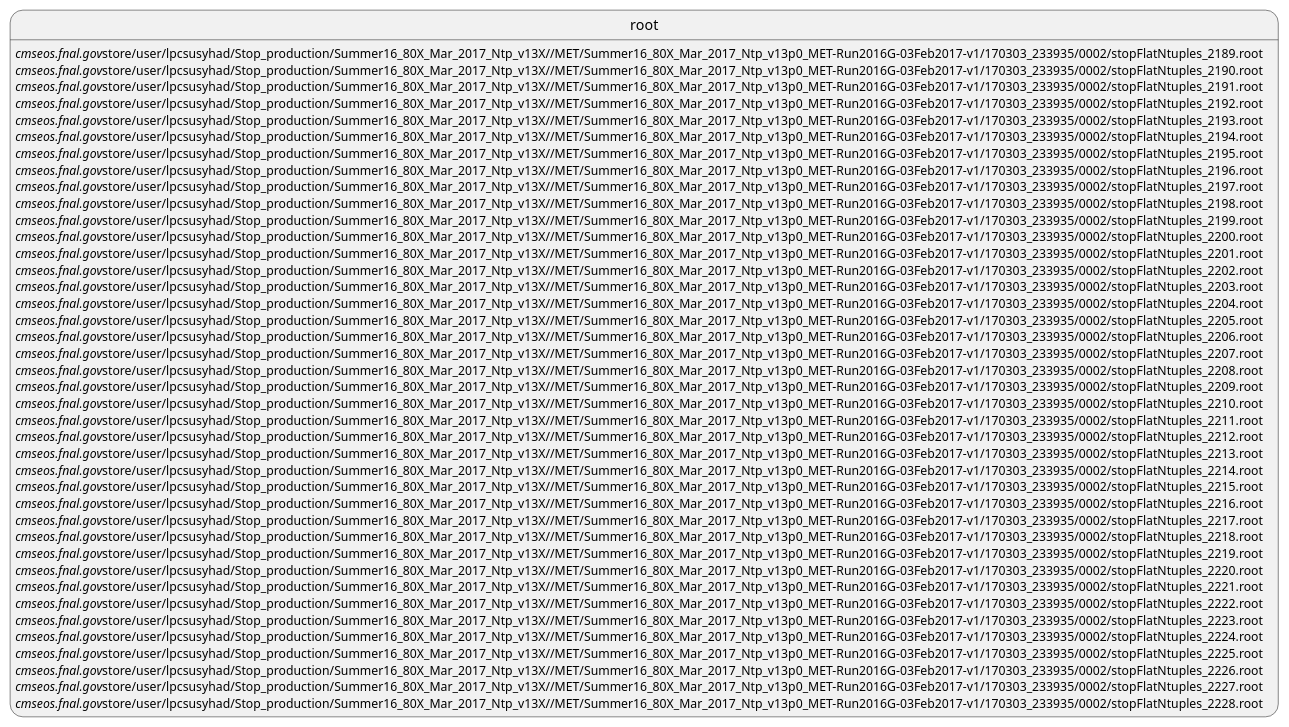
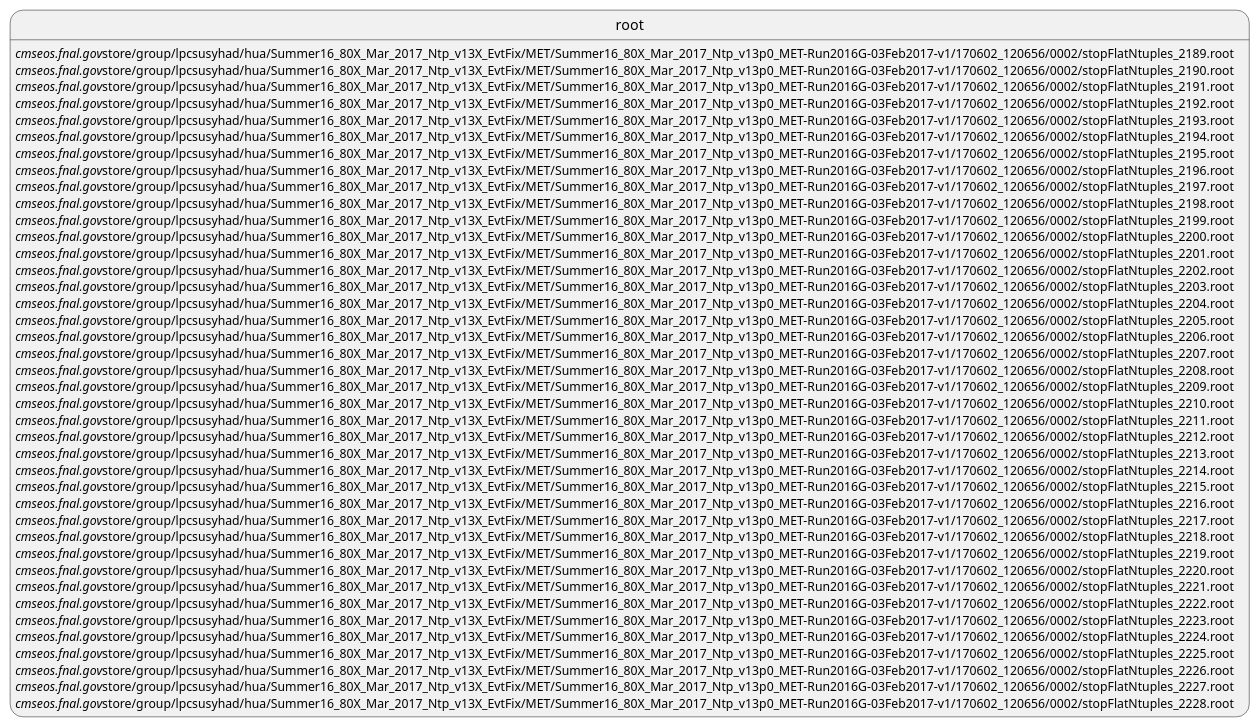
The diagram in QCDTools/QCDStopFlattrees/2017MoriondTxt/METSplit.pu (susy2015/QCD), drawn with PlantUML before and after one commit. The commit also changed 588 other files, not shown here.

```diff
--- a/QCDTools/QCDStopFlattrees/2017MoriondTxt/METSplit.pu
+++ b/QCDTools/QCDStopFlattrees/2017MoriondTxt/METSplit.pu
@@ -1,40 +1,40 @@
-root://cmseos.fnal.gov//store/user/lpcsusyhad/Stop_production/Summer16_80X_Mar_2017_Ntp_v13X//MET/Summer16_80X_Mar_2017_Ntp_v13p0_MET-Run2016G-03Feb2017-v1/170303_233935/0002/stopFlatNtuples_2189.root
-root://cmseos.fnal.gov//store/user/lpcsusyhad/Stop_production/Summer16_80X_Mar_2017_Ntp_v13X//MET/Summer16_80X_Mar_2017_Ntp_v13p0_MET-Run2016G-03Feb2017-v1/170303_233935/0002/stopFlatNtuples_2190.root
-root://cmseos.fnal.gov//store/user/lpcsusyhad/Stop_production/Summer16_80X_Mar_2017_Ntp_v13X//MET/Summer16_80X_Mar_2017_Ntp_v13p0_MET-Run2016G-03Feb2017-v1/170303_233935/0002/stopFlatNtuples_2191.root
-root://cmseos.fnal.gov//store/user/lpcsusyhad/Stop_production/Summer16_80X_Mar_2017_Ntp_v13X//MET/Summer16_80X_Mar_2017_Ntp_v13p0_MET-Run2016G-03Feb2017-v1/170303_233935/0002/stopFlatNtuples_2192.root
-root://cmseos.fnal.gov//store/user/lpcsusyhad/Stop_production/Summer16_80X_Mar_2017_Ntp_v13X//MET/Summer16_80X_Mar_2017_Ntp_v13p0_MET-Run2016G-03Feb2017-v1/170303_233935/0002/stopFlatNtuples_2193.root
-root://cmseos.fnal.gov//store/user/lpcsusyhad/Stop_production/Summer16_80X_Mar_2017_Ntp_v13X//MET/Summer16_80X_Mar_2017_Ntp_v13p0_MET-Run2016G-03Feb2017-v1/170303_233935/0002/stopFlatNtuples_2194.root
-root://cmseos.fnal.gov//store/user/lpcsusyhad/Stop_production/Summer16_80X_Mar_2017_Ntp_v13X//MET/Summer16_80X_Mar_2017_Ntp_v13p0_MET-Run2016G-03Feb2017-v1/170303_233935/0002/stopFlatNtuples_2195.root
-root://cmseos.fnal.gov//store/user/lpcsusyhad/Stop_production/Summer16_80X_Mar_2017_Ntp_v13X//MET/Summer16_80X_Mar_2017_Ntp_v13p0_MET-Run2016G-03Feb2017-v1/170303_233935/0002/stopFlatNtuples_2196.root
-root://cmseos.fnal.gov//store/user/lpcsusyhad/Stop_production/Summer16_80X_Mar_2017_Ntp_v13X//MET/Summer16_80X_Mar_2017_Ntp_v13p0_MET-Run2016G-03Feb2017-v1/170303_233935/0002/stopFlatNtuples_2197.root
-root://cmseos.fnal.gov//store/user/lpcsusyhad/Stop_production/Summer16_80X_Mar_2017_Ntp_v13X//MET/Summer16_80X_Mar_2017_Ntp_v13p0_MET-Run2016G-03Feb2017-v1/170303_233935/0002/stopFlatNtuples_2198.root
-root://cmseos.fnal.gov//store/user/lpcsusyhad/Stop_production/Summer16_80X_Mar_2017_Ntp_v13X//MET/Summer16_80X_Mar_2017_Ntp_v13p0_MET-Run2016G-03Feb2017-v1/170303_233935/0002/stopFlatNtuples_2199.root
-root://cmseos.fnal.gov//store/user/lpcsusyhad/Stop_production/Summer16_80X_Mar_2017_Ntp_v13X//MET/Summer16_80X_Mar_2017_Ntp_v13p0_MET-Run2016G-03Feb2017-v1/170303_233935/0002/stopFlatNtuples_2200.root
-root://cmseos.fnal.gov//store/user/lpcsusyhad/Stop_production/Summer16_80X_Mar_2017_Ntp_v13X//MET/Summer16_80X_Mar_2017_Ntp_v13p0_MET-Run2016G-03Feb2017-v1/170303_233935/0002/stopFlatNtuples_2201.root
-root://cmseos.fnal.gov//store/user/lpcsusyhad/Stop_production/Summer16_80X_Mar_2017_Ntp_v13X//MET/Summer16_80X_Mar_2017_Ntp_v13p0_MET-Run2016G-03Feb2017-v1/170303_233935/0002/stopFlatNtuples_2202.root
-root://cmseos.fnal.gov//store/user/lpcsusyhad/Stop_production/Summer16_80X_Mar_2017_Ntp_v13X//MET/Summer16_80X_Mar_2017_Ntp_v13p0_MET-Run2016G-03Feb2017-v1/170303_233935/0002/stopFlatNtuples_2203.root
-root://cmseos.fnal.gov//store/user/lpcsusyhad/Stop_production/Summer16_80X_Mar_2017_Ntp_v13X//MET/Summer16_80X_Mar_2017_Ntp_v13p0_MET-Run2016G-03Feb2017-v1/170303_233935/0002/stopFlatNtuples_2204.root
-root://cmseos.fnal.gov//store/user/lpcsusyhad/Stop_production/Summer16_80X_Mar_2017_Ntp_v13X//MET/Summer16_80X_Mar_2017_Ntp_v13p0_MET-Run2016G-03Feb2017-v1/170303_233935/0002/stopFlatNtuples_2205.root
-root://cmseos.fnal.gov//store/user/lpcsusyhad/Stop_production/Summer16_80X_Mar_2017_Ntp_v13X//MET/Summer16_80X_Mar_2017_Ntp_v13p0_MET-Run2016G-03Feb2017-v1/170303_233935/0002/stopFlatNtuples_2206.root
-root://cmseos.fnal.gov//store/user/lpcsusyhad/Stop_production/Summer16_80X_Mar_2017_Ntp_v13X//MET/Summer16_80X_Mar_2017_Ntp_v13p0_MET-Run2016G-03Feb2017-v1/170303_233935/0002/stopFlatNtuples_2207.root
-root://cmseos.fnal.gov//store/user/lpcsusyhad/Stop_production/Summer16_80X_Mar_2017_Ntp_v13X//MET/Summer16_80X_Mar_2017_Ntp_v13p0_MET-Run2016G-03Feb2017-v1/170303_233935/0002/stopFlatNtuples_2208.root
-root://cmseos.fnal.gov//store/user/lpcsusyhad/Stop_production/Summer16_80X_Mar_2017_Ntp_v13X//MET/Summer16_80X_Mar_2017_Ntp_v13p0_MET-Run2016G-03Feb2017-v1/170303_233935/0002/stopFlatNtuples_2209.root
-root://cmseos.fnal.gov//store/user/lpcsusyhad/Stop_production/Summer16_80X_Mar_2017_Ntp_v13X//MET/Summer16_80X_Mar_2017_Ntp_v13p0_MET-Run2016G-03Feb2017-v1/170303_233935/0002/stopFlatNtuples_2210.root
-root://cmseos.fnal.gov//store/user/lpcsusyhad/Stop_production/Summer16_80X_Mar_2017_Ntp_v13X//MET/Summer16_80X_Mar_2017_Ntp_v13p0_MET-Run2016G-03Feb2017-v1/170303_233935/0002/stopFlatNtuples_2211.root
-root://cmseos.fnal.gov//store/user/lpcsusyhad/Stop_production/Summer16_80X_Mar_2017_Ntp_v13X//MET/Summer16_80X_Mar_2017_Ntp_v13p0_MET-Run2016G-03Feb2017-v1/170303_233935/0002/stopFlatNtuples_2212.root
-root://cmseos.fnal.gov//store/user/lpcsusyhad/Stop_production/Summer16_80X_Mar_2017_Ntp_v13X//MET/Summer16_80X_Mar_2017_Ntp_v13p0_MET-Run2016G-03Feb2017-v1/170303_233935/0002/stopFlatNtuples_2213.root
-root://cmseos.fnal.gov//store/user/lpcsusyhad/Stop_production/Summer16_80X_Mar_2017_Ntp_v13X//MET/Summer16_80X_Mar_2017_Ntp_v13p0_MET-Run2016G-03Feb2017-v1/170303_233935/0002/stopFlatNtuples_2214.root
-root://cmseos.fnal.gov//store/user/lpcsusyhad/Stop_production/Summer16_80X_Mar_2017_Ntp_v13X//MET/Summer16_80X_Mar_2017_Ntp_v13p0_MET-Run2016G-03Feb2017-v1/170303_233935/0002/stopFlatNtuples_2215.root
-root://cmseos.fnal.gov//store/user/lpcsusyhad/Stop_production/Summer16_80X_Mar_2017_Ntp_v13X//MET/Summer16_80X_Mar_2017_Ntp_v13p0_MET-Run2016G-03Feb2017-v1/170303_233935/0002/stopFlatNtuples_2216.root
-root://cmseos.fnal.gov//store/user/lpcsusyhad/Stop_production/Summer16_80X_Mar_2017_Ntp_v13X//MET/Summer16_80X_Mar_2017_Ntp_v13p0_MET-Run2016G-03Feb2017-v1/170303_233935/0002/stopFlatNtuples_2217.root
-root://cmseos.fnal.gov//store/user/lpcsusyhad/Stop_production/Summer16_80X_Mar_2017_Ntp_v13X//MET/Summer16_80X_Mar_2017_Ntp_v13p0_MET-Run2016G-03Feb2017-v1/170303_233935/0002/stopFlatNtuples_2218.root
-root://cmseos.fnal.gov//store/user/lpcsusyhad/Stop_production/Summer16_80X_Mar_2017_Ntp_v13X//MET/Summer16_80X_Mar_2017_Ntp_v13p0_MET-Run2016G-03Feb2017-v1/170303_233935/0002/stopFlatNtuples_2219.root
-root://cmseos.fnal.gov//store/user/lpcsusyhad/Stop_production/Summer16_80X_Mar_2017_Ntp_v13X//MET/Summer16_80X_Mar_2017_Ntp_v13p0_MET-Run2016G-03Feb2017-v1/170303_233935/0002/stopFlatNtuples_2220.root
-root://cmseos.fnal.gov//store/user/lpcsusyhad/Stop_production/Summer16_80X_Mar_2017_Ntp_v13X//MET/Summer16_80X_Mar_2017_Ntp_v13p0_MET-Run2016G-03Feb2017-v1/170303_233935/0002/stopFlatNtuples_2221.root
-root://cmseos.fnal.gov//store/user/lpcsusyhad/Stop_production/Summer16_80X_Mar_2017_Ntp_v13X//MET/Summer16_80X_Mar_2017_Ntp_v13p0_MET-Run2016G-03Feb2017-v1/170303_233935/0002/stopFlatNtuples_2222.root
-root://cmseos.fnal.gov//store/user/lpcsusyhad/Stop_production/Summer16_80X_Mar_2017_Ntp_v13X//MET/Summer16_80X_Mar_2017_Ntp_v13p0_MET-Run2016G-03Feb2017-v1/170303_233935/0002/stopFlatNtuples_2223.root
-root://cmseos.fnal.gov//store/user/lpcsusyhad/Stop_production/Summer16_80X_Mar_2017_Ntp_v13X//MET/Summer16_80X_Mar_2017_Ntp_v13p0_MET-Run2016G-03Feb2017-v1/170303_233935/0002/stopFlatNtuples_2224.root
-root://cmseos.fnal.gov//store/user/lpcsusyhad/Stop_production/Summer16_80X_Mar_2017_Ntp_v13X//MET/Summer16_80X_Mar_2017_Ntp_v13p0_MET-Run2016G-03Feb2017-v1/170303_233935/0002/stopFlatNtuples_2225.root
-root://cmseos.fnal.gov//store/user/lpcsusyhad/Stop_production/Summer16_80X_Mar_2017_Ntp_v13X//MET/Summer16_80X_Mar_2017_Ntp_v13p0_MET-Run2016G-03Feb2017-v1/170303_233935/0002/stopFlatNtuples_2226.root
-root://cmseos.fnal.gov//store/user/lpcsusyhad/Stop_production/Summer16_80X_Mar_2017_Ntp_v13X//MET/Summer16_80X_Mar_2017_Ntp_v13p0_MET-Run2016G-03Feb2017-v1/170303_233935/0002/stopFlatNtuples_2227.root
-root://cmseos.fnal.gov//store/user/lpcsusyhad/Stop_production/Summer16_80X_Mar_2017_Ntp_v13X//MET/Summer16_80X_Mar_2017_Ntp_v13p0_MET-Run2016G-03Feb2017-v1/170303_233935/0002/stopFlatNtuples_2228.root
+root://cmseos.fnal.gov//store/group/lpcsusyhad/hua/Summer16_80X_Mar_2017_Ntp_v13X_EvtFix/MET/Summer16_80X_Mar_2017_Ntp_v13p0_MET-Run2016G-03Feb2017-v1/170602_120656/0002/stopFlatNtuples_2189.root
+root://cmseos.fnal.gov//store/group/lpcsusyhad/hua/Summer16_80X_Mar_2017_Ntp_v13X_EvtFix/MET/Summer16_80X_Mar_2017_Ntp_v13p0_MET-Run2016G-03Feb2017-v1/170602_120656/0002/stopFlatNtuples_2190.root
+root://cmseos.fnal.gov//store/group/lpcsusyhad/hua/Summer16_80X_Mar_2017_Ntp_v13X_EvtFix/MET/Summer16_80X_Mar_2017_Ntp_v13p0_MET-Run2016G-03Feb2017-v1/170602_120656/0002/stopFlatNtuples_2191.root
+root://cmseos.fnal.gov//store/group/lpcsusyhad/hua/Summer16_80X_Mar_2017_Ntp_v13X_EvtFix/MET/Summer16_80X_Mar_2017_Ntp_v13p0_MET-Run2016G-03Feb2017-v1/170602_120656/0002/stopFlatNtuples_2192.root
+root://cmseos.fnal.gov//store/group/lpcsusyhad/hua/Summer16_80X_Mar_2017_Ntp_v13X_EvtFix/MET/Summer16_80X_Mar_2017_Ntp_v13p0_MET-Run2016G-03Feb2017-v1/170602_120656/0002/stopFlatNtuples_2193.root
+root://cmseos.fnal.gov//store/group/lpcsusyhad/hua/Summer16_80X_Mar_2017_Ntp_v13X_EvtFix/MET/Summer16_80X_Mar_2017_Ntp_v13p0_MET-Run2016G-03Feb2017-v1/170602_120656/0002/stopFlatNtuples_2194.root
+root://cmseos.fnal.gov//store/group/lpcsusyhad/hua/Summer16_80X_Mar_2017_Ntp_v13X_EvtFix/MET/Summer16_80X_Mar_2017_Ntp_v13p0_MET-Run2016G-03Feb2017-v1/170602_120656/0002/stopFlatNtuples_2195.root
+root://cmseos.fnal.gov//store/group/lpcsusyhad/hua/Summer16_80X_Mar_2017_Ntp_v13X_EvtFix/MET/Summer16_80X_Mar_2017_Ntp_v13p0_MET-Run2016G-03Feb2017-v1/170602_120656/0002/stopFlatNtuples_2196.root
+root://cmseos.fnal.gov//store/group/lpcsusyhad/hua/Summer16_80X_Mar_2017_Ntp_v13X_EvtFix/MET/Summer16_80X_Mar_2017_Ntp_v13p0_MET-Run2016G-03Feb2017-v1/170602_120656/0002/stopFlatNtuples_2197.root
+root://cmseos.fnal.gov//store/group/lpcsusyhad/hua/Summer16_80X_Mar_2017_Ntp_v13X_EvtFix/MET/Summer16_80X_Mar_2017_Ntp_v13p0_MET-Run2016G-03Feb2017-v1/170602_120656/0002/stopFlatNtuples_2198.root
+root://cmseos.fnal.gov//store/group/lpcsusyhad/hua/Summer16_80X_Mar_2017_Ntp_v13X_EvtFix/MET/Summer16_80X_Mar_2017_Ntp_v13p0_MET-Run2016G-03Feb2017-v1/170602_120656/0002/stopFlatNtuples_2199.root
+root://cmseos.fnal.gov//store/group/lpcsusyhad/hua/Summer16_80X_Mar_2017_Ntp_v13X_EvtFix/MET/Summer16_80X_Mar_2017_Ntp_v13p0_MET-Run2016G-03Feb2017-v1/170602_120656/0002/stopFlatNtuples_2200.root
+root://cmseos.fnal.gov//store/group/lpcsusyhad/hua/Summer16_80X_Mar_2017_Ntp_v13X_EvtFix/MET/Summer16_80X_Mar_2017_Ntp_v13p0_MET-Run2016G-03Feb2017-v1/170602_120656/0002/stopFlatNtuples_2201.root
+root://cmseos.fnal.gov//store/group/lpcsusyhad/hua/Summer16_80X_Mar_2017_Ntp_v13X_EvtFix/MET/Summer16_80X_Mar_2017_Ntp_v13p0_MET-Run2016G-03Feb2017-v1/170602_120656/0002/stopFlatNtuples_2202.root
+root://cmseos.fnal.gov//store/group/lpcsusyhad/hua/Summer16_80X_Mar_2017_Ntp_v13X_EvtFix/MET/Summer16_80X_Mar_2017_Ntp_v13p0_MET-Run2016G-03Feb2017-v1/170602_120656/0002/stopFlatNtuples_2203.root
+root://cmseos.fnal.gov//store/group/lpcsusyhad/hua/Summer16_80X_Mar_2017_Ntp_v13X_EvtFix/MET/Summer16_80X_Mar_2017_Ntp_v13p0_MET-Run2016G-03Feb2017-v1/170602_120656/0002/stopFlatNtuples_2204.root
+root://cmseos.fnal.gov//store/group/lpcsusyhad/hua/Summer16_80X_Mar_2017_Ntp_v13X_EvtFix/MET/Summer16_80X_Mar_2017_Ntp_v13p0_MET-Run2016G-03Feb2017-v1/170602_120656/0002/stopFlatNtuples_2205.root
+root://cmseos.fnal.gov//store/group/lpcsusyhad/hua/Summer16_80X_Mar_2017_Ntp_v13X_EvtFix/MET/Summer16_80X_Mar_2017_Ntp_v13p0_MET-Run2016G-03Feb2017-v1/170602_120656/0002/stopFlatNtuples_2206.root
+root://cmseos.fnal.gov//store/group/lpcsusyhad/hua/Summer16_80X_Mar_2017_Ntp_v13X_EvtFix/MET/Summer16_80X_Mar_2017_Ntp_v13p0_MET-Run2016G-03Feb2017-v1/170602_120656/0002/stopFlatNtuples_2207.root
+root://cmseos.fnal.gov//store/group/lpcsusyhad/hua/Summer16_80X_Mar_2017_Ntp_v13X_EvtFix/MET/Summer16_80X_Mar_2017_Ntp_v13p0_MET-Run2016G-03Feb2017-v1/170602_120656/0002/stopFlatNtuples_2208.root
+root://cmseos.fnal.gov//store/group/lpcsusyhad/hua/Summer16_80X_Mar_2017_Ntp_v13X_EvtFix/MET/Summer16_80X_Mar_2017_Ntp_v13p0_MET-Run2016G-03Feb2017-v1/170602_120656/0002/stopFlatNtuples_2209.root
+root://cmseos.fnal.gov//store/group/lpcsusyhad/hua/Summer16_80X_Mar_2017_Ntp_v13X_EvtFix/MET/Summer16_80X_Mar_2017_Ntp_v13p0_MET-Run2016G-03Feb2017-v1/170602_120656/0002/stopFlatNtuples_2210.root
+root://cmseos.fnal.gov//store/group/lpcsusyhad/hua/Summer16_80X_Mar_2017_Ntp_v13X_EvtFix/MET/Summer16_80X_Mar_2017_Ntp_v13p0_MET-Run2016G-03Feb2017-v1/170602_120656/0002/stopFlatNtuples_2211.root
+root://cmseos.fnal.gov//store/group/lpcsusyhad/hua/Summer16_80X_Mar_2017_Ntp_v13X_EvtFix/MET/Summer16_80X_Mar_2017_Ntp_v13p0_MET-Run2016G-03Feb2017-v1/170602_120656/0002/stopFlatNtuples_2212.root
+root://cmseos.fnal.gov//store/group/lpcsusyhad/hua/Summer16_80X_Mar_2017_Ntp_v13X_EvtFix/MET/Summer16_80X_Mar_2017_Ntp_v13p0_MET-Run2016G-03Feb2017-v1/170602_120656/0002/stopFlatNtuples_2213.root
+root://cmseos.fnal.gov//store/group/lpcsusyhad/hua/Summer16_80X_Mar_2017_Ntp_v13X_EvtFix/MET/Summer16_80X_Mar_2017_Ntp_v13p0_MET-Run2016G-03Feb2017-v1/170602_120656/0002/stopFlatNtuples_2214.root
+root://cmseos.fnal.gov//store/group/lpcsusyhad/hua/Summer16_80X_Mar_2017_Ntp_v13X_EvtFix/MET/Summer16_80X_Mar_2017_Ntp_v13p0_MET-Run2016G-03Feb2017-v1/170602_120656/0002/stopFlatNtuples_2215.root
+root://cmseos.fnal.gov//store/group/lpcsusyhad/hua/Summer16_80X_Mar_2017_Ntp_v13X_EvtFix/MET/Summer16_80X_Mar_2017_Ntp_v13p0_MET-Run2016G-03Feb2017-v1/170602_120656/0002/stopFlatNtuples_2216.root
+root://cmseos.fnal.gov//store/group/lpcsusyhad/hua/Summer16_80X_Mar_2017_Ntp_v13X_EvtFix/MET/Summer16_80X_Mar_2017_Ntp_v13p0_MET-Run2016G-03Feb2017-v1/170602_120656/0002/stopFlatNtuples_2217.root
+root://cmseos.fnal.gov//store/group/lpcsusyhad/hua/Summer16_80X_Mar_2017_Ntp_v13X_EvtFix/MET/Summer16_80X_Mar_2017_Ntp_v13p0_MET-Run2016G-03Feb2017-v1/170602_120656/0002/stopFlatNtuples_2218.root
+root://cmseos.fnal.gov//store/group/lpcsusyhad/hua/Summer16_80X_Mar_2017_Ntp_v13X_EvtFix/MET/Summer16_80X_Mar_2017_Ntp_v13p0_MET-Run2016G-03Feb2017-v1/170602_120656/0002/stopFlatNtuples_2219.root
+root://cmseos.fnal.gov//store/group/lpcsusyhad/hua/Summer16_80X_Mar_2017_Ntp_v13X_EvtFix/MET/Summer16_80X_Mar_2017_Ntp_v13p0_MET-Run2016G-03Feb2017-v1/170602_120656/0002/stopFlatNtuples_2220.root
+root://cmseos.fnal.gov//store/group/lpcsusyhad/hua/Summer16_80X_Mar_2017_Ntp_v13X_EvtFix/MET/Summer16_80X_Mar_2017_Ntp_v13p0_MET-Run2016G-03Feb2017-v1/170602_120656/0002/stopFlatNtuples_2221.root
+root://cmseos.fnal.gov//store/group/lpcsusyhad/hua/Summer16_80X_Mar_2017_Ntp_v13X_EvtFix/MET/Summer16_80X_Mar_2017_Ntp_v13p0_MET-Run2016G-03Feb2017-v1/170602_120656/0002/stopFlatNtuples_2222.root
+root://cmseos.fnal.gov//store/group/lpcsusyhad/hua/Summer16_80X_Mar_2017_Ntp_v13X_EvtFix/MET/Summer16_80X_Mar_2017_Ntp_v13p0_MET-Run2016G-03Feb2017-v1/170602_120656/0002/stopFlatNtuples_2223.root
+root://cmseos.fnal.gov//store/group/lpcsusyhad/hua/Summer16_80X_Mar_2017_Ntp_v13X_EvtFix/MET/Summer16_80X_Mar_2017_Ntp_v13p0_MET-Run2016G-03Feb2017-v1/170602_120656/0002/stopFlatNtuples_2224.root
+root://cmseos.fnal.gov//store/group/lpcsusyhad/hua/Summer16_80X_Mar_2017_Ntp_v13X_EvtFix/MET/Summer16_80X_Mar_2017_Ntp_v13p0_MET-Run2016G-03Feb2017-v1/170602_120656/0002/stopFlatNtuples_2225.root
+root://cmseos.fnal.gov//store/group/lpcsusyhad/hua/Summer16_80X_Mar_2017_Ntp_v13X_EvtFix/MET/Summer16_80X_Mar_2017_Ntp_v13p0_MET-Run2016G-03Feb2017-v1/170602_120656/0002/stopFlatNtuples_2226.root
+root://cmseos.fnal.gov//store/group/lpcsusyhad/hua/Summer16_80X_Mar_2017_Ntp_v13X_EvtFix/MET/Summer16_80X_Mar_2017_Ntp_v13p0_MET-Run2016G-03Feb2017-v1/170602_120656/0002/stopFlatNtuples_2227.root
+root://cmseos.fnal.gov//store/group/lpcsusyhad/hua/Summer16_80X_Mar_2017_Ntp_v13X_EvtFix/MET/Summer16_80X_Mar_2017_Ntp_v13p0_MET-Run2016G-03Feb2017-v1/170602_120656/0002/stopFlatNtuples_2228.root
```
